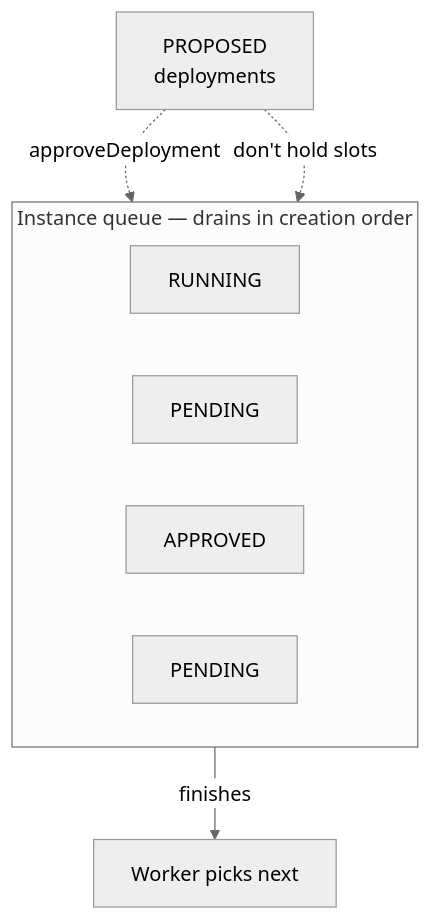
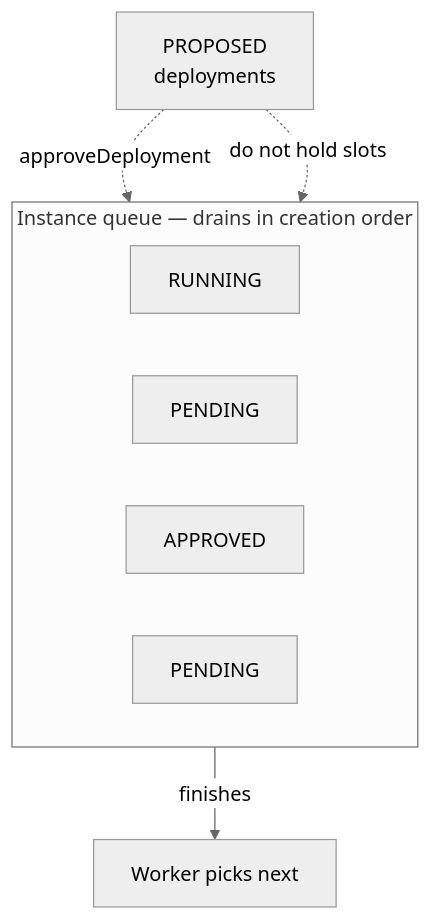
One commit to massdriver-cloud/docs changed the fifth of 5 diagrams in docs/concepts/10-deployments.md. Above: the diagram before and after it, drawn with Mermaid (neutral theme). The commit also changed other lines of this file, not shown here.

First line of the commit message:
Cleanup deployments page: remove rhetorical framing, match docs voice

````diff
--- a/docs/concepts/10-deployments.md
+++ b/docs/concepts/10-deployments.md
@@ -98,13 +93,13 @@
 ```mermaid
 flowchart TB
     subgraph Q[Instance queue — drains in creation order]
         direction LR
         R[RUNNING]
         P1[PENDING]
         A1[APPROVED]
         P2[PENDING]
     end
-    PR[PROPOSED<br/>deployments] -. don't hold slots .-> Q
+    PR[PROPOSED<br/>deployments] -. do not hold slots .-> Q
     PR -.->|approveDeployment| A1
     R -->|finishes| N[Worker picks next]
 ```
````
